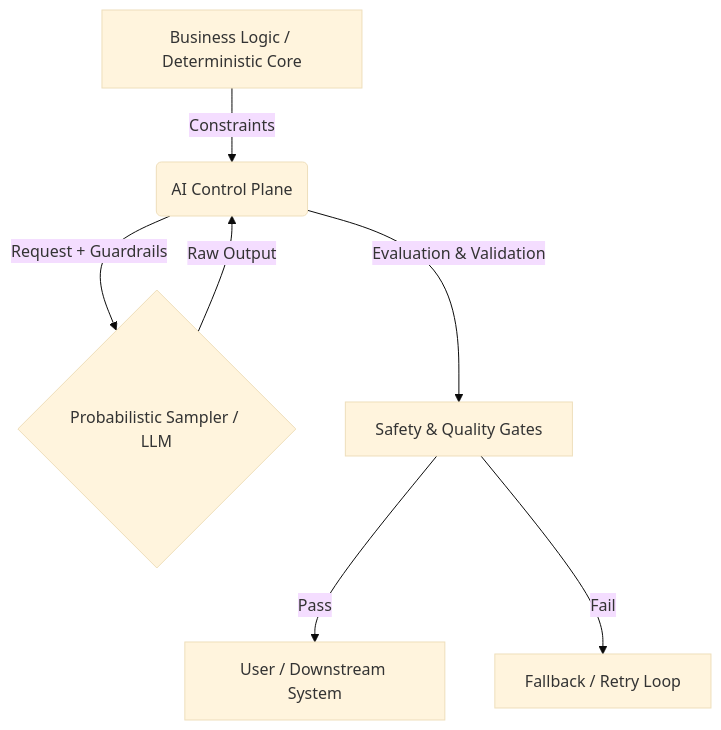
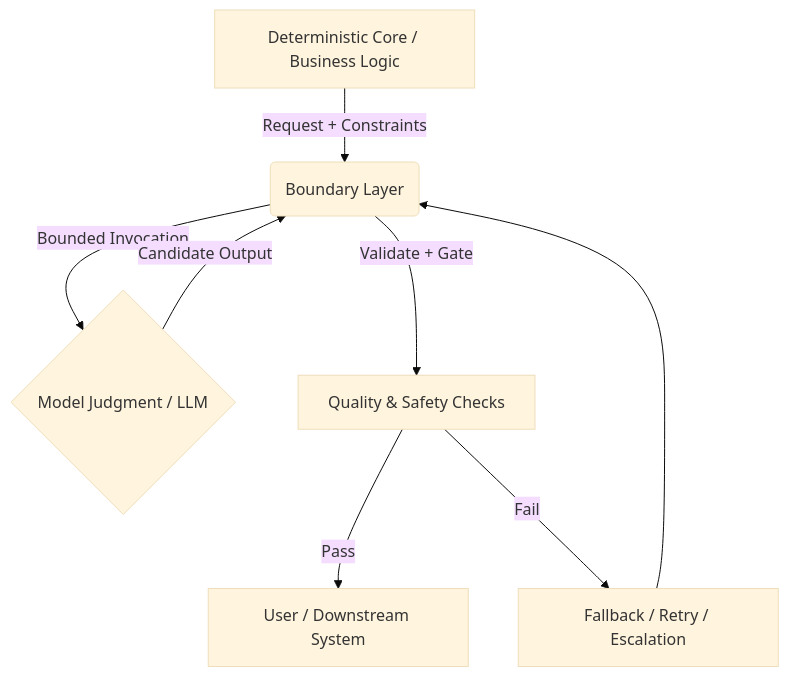
The diagram in README.md (UncertaintyArchitectureGroup/uncertainty-architecture), drawn with Mermaid (base theme) before and after one commit. The commit also changed other lines of this file, not shown here.

````diff
--- a/README.md
+++ b/README.md
@@ -52,9 +148,10 @@
 ```mermaid
 graph TD;
-    A[Business Logic / Deterministic Core] -->|Constraints| B(AI Control Plane);
-    B -->|Request + Guardrails| C{Probabilistic Sampler / LLM};
-    C -->|Raw Output| B;
-    B -->|Evaluation & Validation| D[Safety & Quality Gates];
+    A[Deterministic Core / Business Logic] -->|Request + Constraints| B(Boundary Layer);
+    B -->|Bounded Invocation| C{Model Judgment / LLM};
+    C -->|Candidate Output| B;
+    B -->|Validate + Gate| D[Quality & Safety Checks];
     D -->|Pass| E[User / Downstream System];
-    D -->|Fail| F[Fallback / Retry Loop];
+    D -->|Fail| F[Fallback / Retry / Escalation];
+    F --> B;
 ```
````
